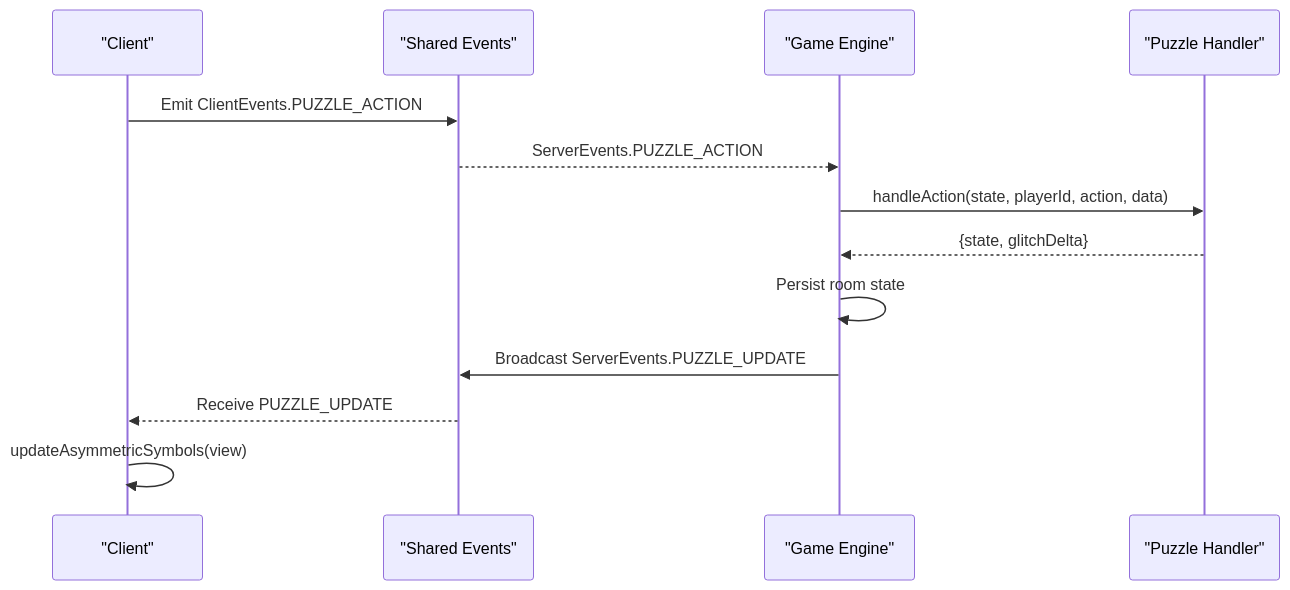
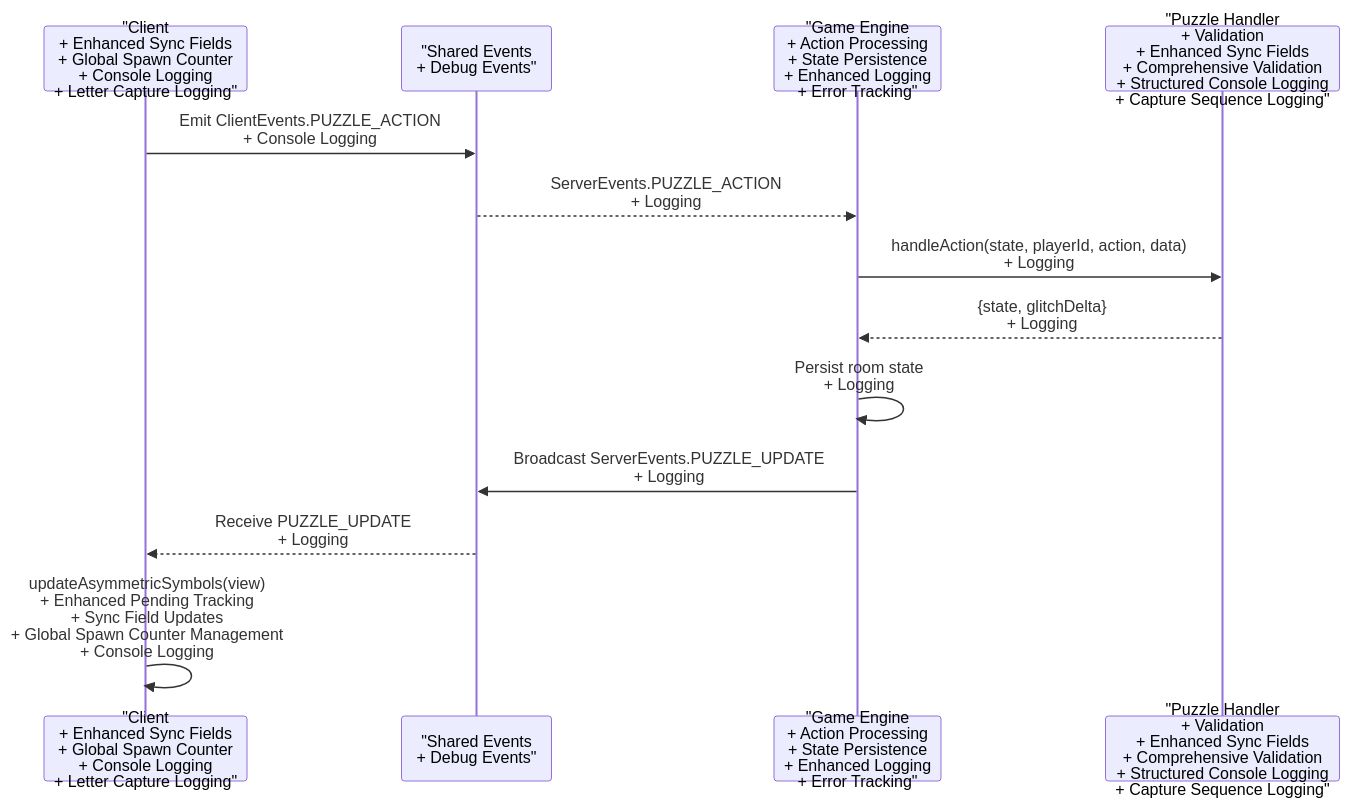
The sixth of 9 diagrams in .qoder/repowiki/en/content/Puzzle System/Asymmetric Symbols Puzzle.md (dkoukoul/escape-room-mvp), drawn with Mermaid before and after one commit. The commit also changed other lines of this file and 21 other files, not shown here.

````diff
--- a/.qoder/repowiki/en/content/Puzzle System/Asymmetric Symbols Puzzle.md
+++ b/.qoder/repowiki/en/content/Puzzle System/Asymmetric Symbols Puzzle.md
@@ -305,15 +380,15 @@
 ```mermaid
 sequenceDiagram
-participant Client as "Client"
-participant Events as "Shared Events"
-participant Engine as "Game Engine"
-participant Handler as "Puzzle Handler"
-Client->>Events : Emit ClientEvents.PUZZLE_ACTION
-Events-->>Engine : ServerEvents.PUZZLE_ACTION
-Engine->>Handler : handleAction(state, playerId, action, data)
-Handler-->>Engine : {state, glitchDelta}
-Engine->>Engine : Persist room state
-Engine->>Events : Broadcast ServerEvents.PUZZLE_UPDATE
-Events-->>Client : Receive PUZZLE_UPDATE
-Client->>Client : updateAsymmetricSymbols(view)
+participant Client as "Client<br/>+ Enhanced Sync Fields<br/>+ Global Spawn Counter<br/>+ Console Logging<br/>+ Letter Capture Logging"
+participant Events as "Shared Events<br/>+ Debug Events"
+participant Engine as "Game Engine<br/>+ Action Processing<br/>+ State Persistence<br/>+ Enhanced Logging<br/>+ Error Tracking"
+participant Handler as "Puzzle Handler<br/>+ Validation<br/>+ Enhanced Sync Fields<br/>+ Comprehensive Validation<br/>+ Structured Console Logging<br/>+ Capture Sequence Logging"
+Client->>Events : Emit ClientEvents.PUZZLE_ACTION<br/>+ Console Logging
+Events-->>Engine : ServerEvents.PUZZLE_ACTION<br/>+ Logging
+Engine->>Handler : handleAction(state, playerId, action, data)<br/>+ Logging
+Handler-->>Engine : {state, glitchDelta}<br/>+ Logging
+Engine->>Engine : Persist room state<br/>+ Logging
+Engine->>Events : Broadcast ServerEvents.PUZZLE_UPDATE<br/>+ Logging
+Events-->>Client : Receive PUZZLE_UPDATE<br/>+ Logging
+Client->>Client : updateAsymmetricSymbols(view)<br/>+ Enhanced Pending Tracking<br/>+ Sync Field Updates<br/>+ Global Spawn Counter Management<br/>+ Console Logging
 ```
````
